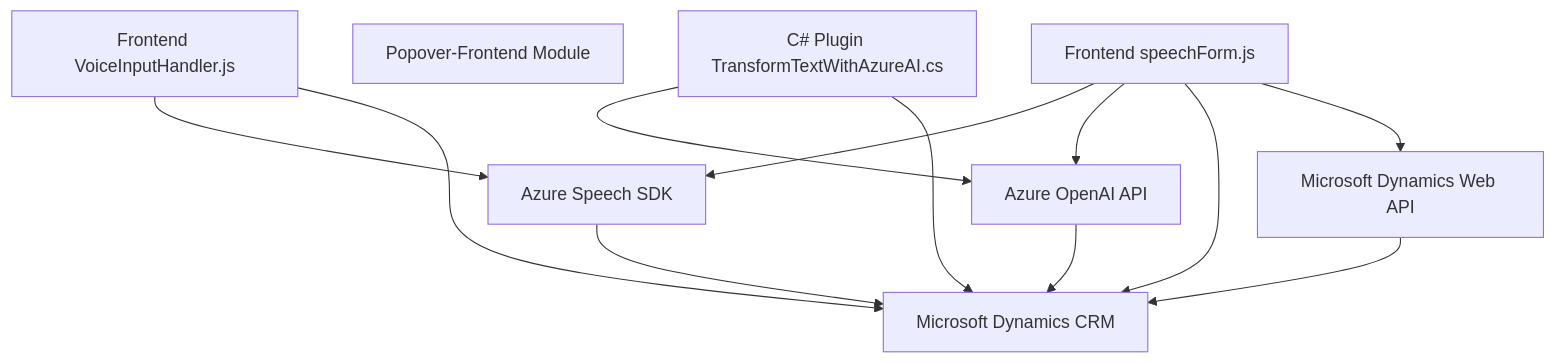
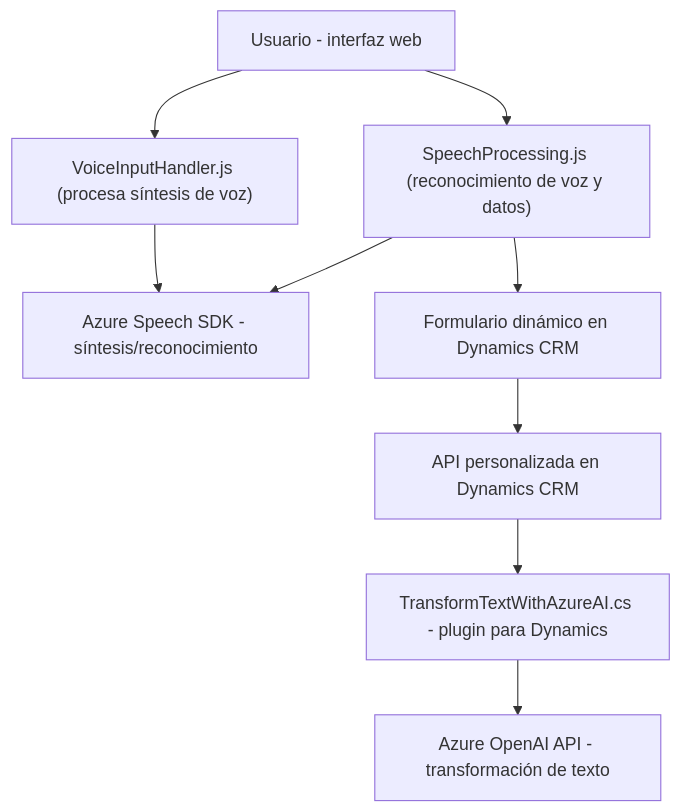
Before and after one commit to blopezdm/NETCORE_BILBAO2025: the diagram in README.md, drawn with Mermaid. The commit also changed other lines of this file, not shown here.

````diff
--- a/README.md
+++ b/README.md
@@ -41,23 +48,20 @@
 ```mermaid
 graph TD
-    A["Frontend VoiceInputHandler.js"]
-    A1["Popover-Frontend Module"]
-    B["Frontend speechForm.js"]
-    C["C# Plugin TransformTextWithAzureAI.cs"]
-    D["Azure Speech SDK"]
-    E["Azure OpenAI API"]
-    F["Microsoft Dynamics CRM"]
-    G["Microsoft Dynamics Web API"]
+    A["Usuario - interfaz web"]
+    B["VoiceInputHandler.js (procesa síntesis de voz)"]
+    C["SpeechProcessing.js (reconocimiento de voz y datos)"]
+    D["Azure Speech SDK - síntesis/reconocimiento"]
+    E["Formulario dinámico en Dynamics CRM"]
+    F["API personalizada en Dynamics CRM"]
+    G["TransformTextWithAzureAI.cs - plugin para Dynamics"]
+    H["Azure OpenAI API - transformación de texto"]
 
-    A --> D
-    A --> F
+    A --> B
+    A --> C
     B --> D
-    B --> E
-    B --> F
-    B --> G
+    C --> D
     C --> E
-    C --> F
-    D --> F
     E --> F
-    G --> F
+    F --> G
+    G --> H
 ```
````
